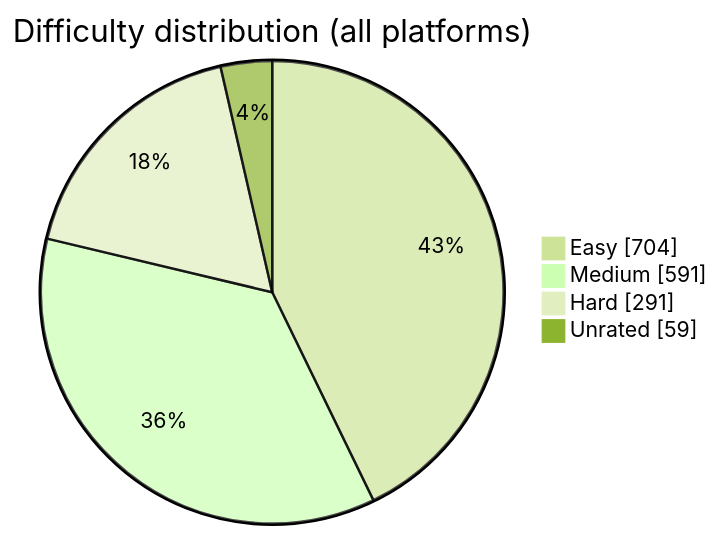
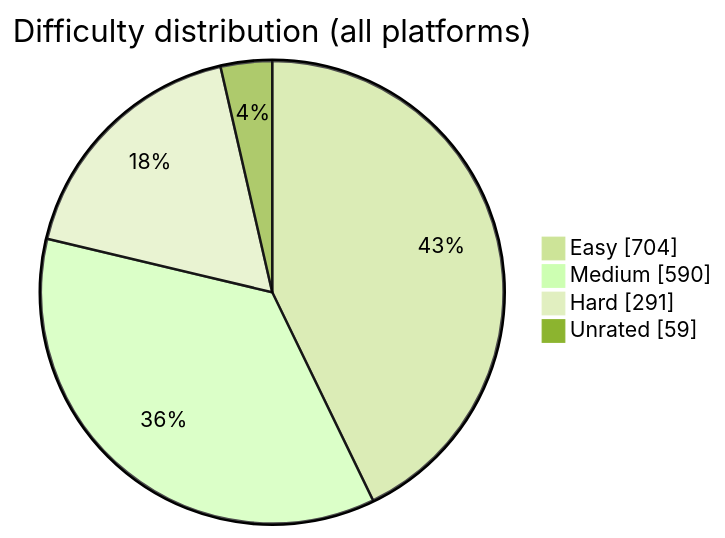
Before and after one commit to BuildbyArindam/Daily-Coding-Log: the diagram in README.md, drawn with Mermaid (forest theme). The commit also changed other lines of this file, not shown here.

````diff
--- a/README.md
+++ b/README.md
@@ -93,7 +93,7 @@
 ```mermaid
 pie showData title Difficulty distribution (all platforms)
     "Easy" : 704
-    "Medium" : 591
+    "Medium" : 590
     "Hard" : 291
     "Unrated" : 59
 ```
````
